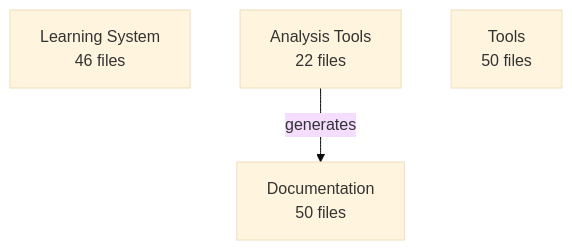
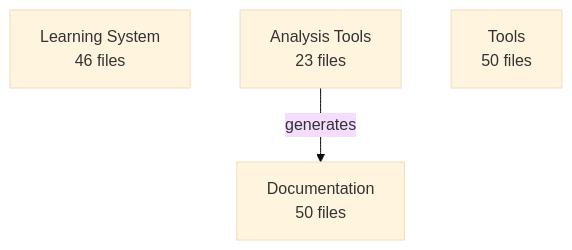
One commit to enufacas/Chained changed the diagram in analysis/architecture/architecture.mmd. Above: the diagram before and after it, drawn with Mermaid (base theme). The commit also changed 6 other files, not shown here.

First line of the commit message:
🏗️ Update architecture evolution tracking

```diff
--- a/analysis/architecture/architecture.mmd
+++ b/analysis/architecture/architecture.mmd
@@ -1,6 +1,6 @@
 graph TD
     learning_system[Learning System<br/>46 files]
-    analysis_tools[Analysis Tools<br/>22 files]
+    analysis_tools[Analysis Tools<br/>23 files]
     documentation[Documentation<br/>50 files]
     tools[Tools<br/>50 files]
     analysis_tools -->|generates| documentation
```
